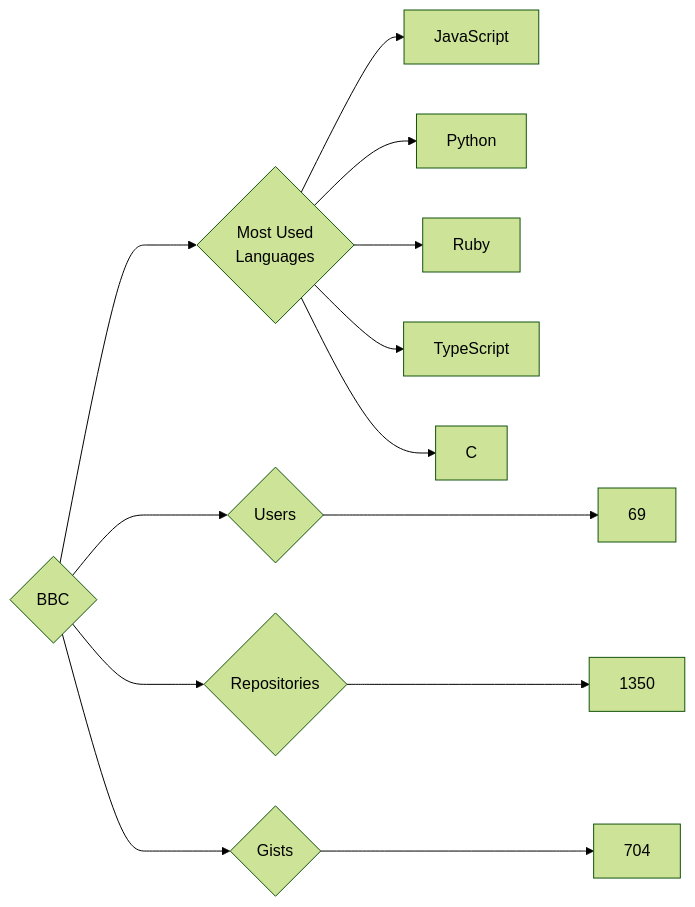
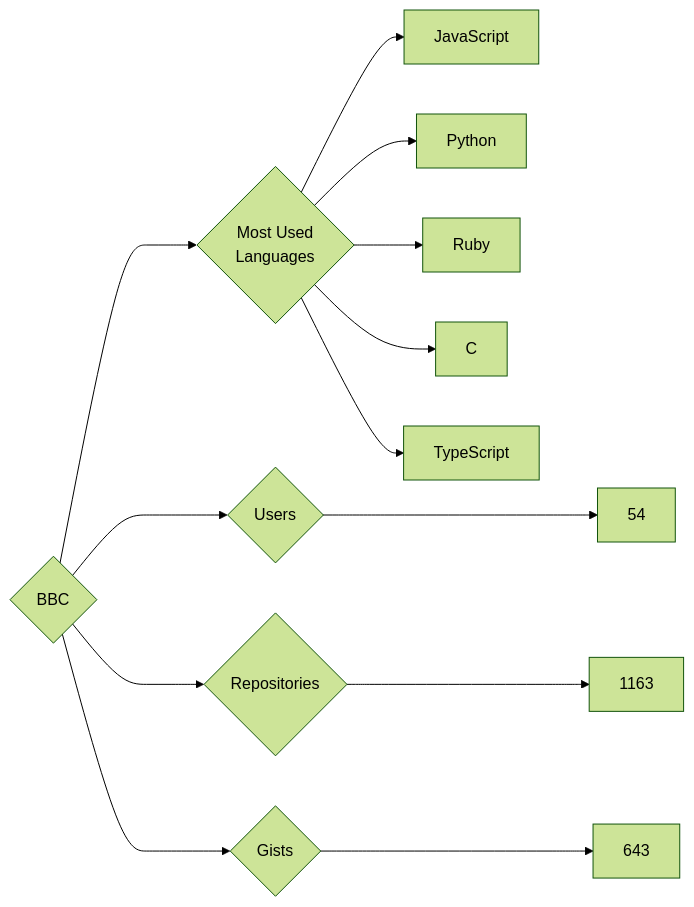
Before and after one commit to trickest/insiders: the diagram in targets/BBC/README.md, drawn with Mermaid (forest theme). The commit also changed 611 other files, not shown here.

````diff
--- a/targets/BBC/README.md
+++ b/targets/BBC/README.md
@@ -3,13 +3,13 @@
 ```mermaid
 graph LR
 COMPANY_NAME{BBC}
-COMPANY_NAME ---> U{Users} ---> UN[69]
-COMPANY_NAME ---> R{Repositories} ---> RN[1350]
-COMPANY_NAME ---> G{Gists} ---> GN[704]
+COMPANY_NAME ---> U{Users} ---> UN[54]
+COMPANY_NAME ---> R{Repositories} ---> RN[1163]
+COMPANY_NAME ---> G{Gists} ---> GN[643]
 COMPANY_NAME ---> ML{Most Used<br>Languages}
 ML --> JavaScript[JavaScript]
 ML --> Python[Python]
 ML --> Ruby[Ruby]
+ML --> C[C]
 ML --> TypeScript[TypeScript]
-ML --> C[C]
 ```
````
